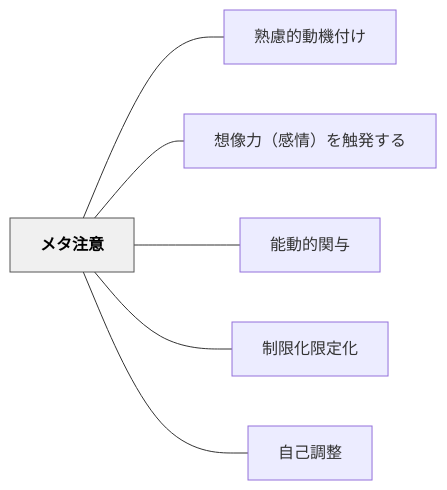
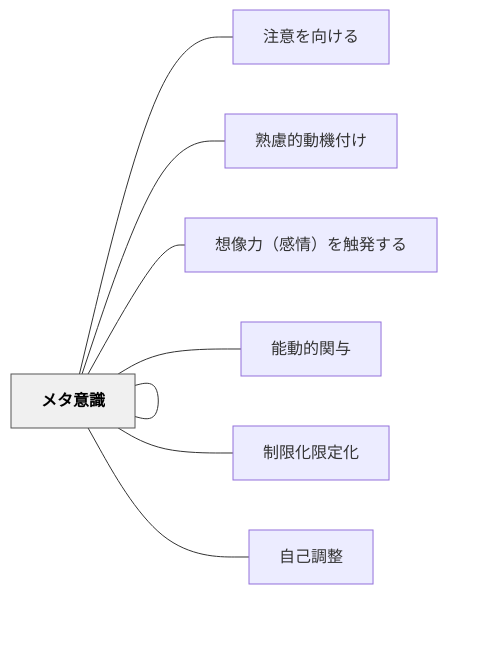
Before and after one commit to unknownthings-ed-patterns/unknownthings-ed-patterns: the diagram in content/パタン/メタ注意.md, drawn with Mermaid. The commit also changed other lines of this file and 473 other files, not shown here.

````diff
--- a/content/パタン/メタ注意.md
+++ b/content/パタン/メタ注意.md
@@ -65,18 +67,22 @@
 ```mermaid
 flowchart LR
     ne383a1e382bf["メタ注意"]
+    ne383a1e382bf["メタ意識"]
+    ne6b3a8e6848f["注意を向ける"]
     ne7869fe685ae["熟慮的動機付け"]
     ne683b3e5838f["想像力（感情）を触発する"]
     ne883bde58b95["能動的関与"]
     ne588b6e99990["制限化限定化"]
     ne887aae5b7b1["自己調整"]
 
+    ne383a1e382bf --- ne383a1e382bf
+    ne383a1e382bf --- ne6b3a8e6848f
     ne383a1e382bf --- ne7869fe685ae
     ne383a1e382bf --- ne683b3e5838f
     ne383a1e382bf --- ne883bde58b95
     ne383a1e382bf --- ne588b6e99990
     ne383a1e382bf --- ne887aae5b7b1
 
     classDef hub fill:#f0f0f0,stroke:#555,color:#000,font-weight:bold
     class ne383a1e382bf hub
 ```
````
